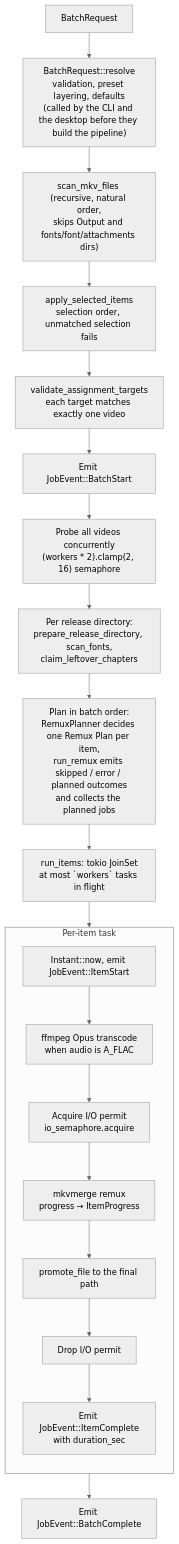
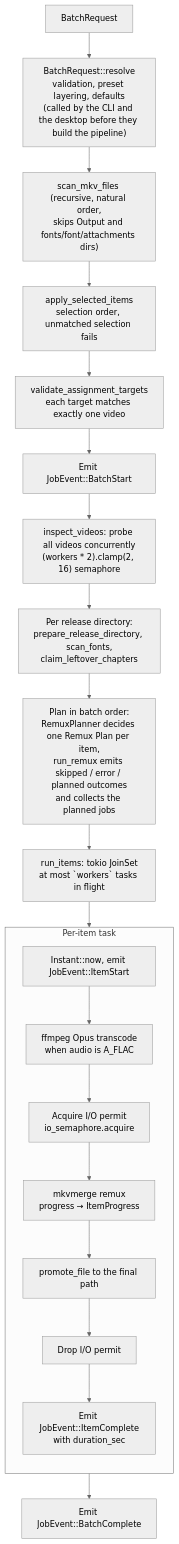
One commit to Si-Forces/mkvanimebatch changed the fifth of 8 diagrams in architecture.md. Above: the diagram before and after it, drawn with Mermaid (neutral theme). The commit also changed other lines of this file and 7 other files, not shown here.

````diff
--- a/architecture.md
+++ b/architecture.md
@@ -355,25 +361,25 @@
 ```mermaid
 flowchart TD
     Req["BatchRequest"] --> Config["BatchRequest::resolve\nvalidation, preset layering, defaults\n(called by the CLI and the desktop before they build the pipeline)"]
     Config --> Discover["scan_mkv_files (recursive, natural order,\nskips Output and fonts/font/attachments dirs)"]
     Discover --> Select["apply_selected_items\nselection order, unmatched selection fails"]
     Select --> Targets["validate_assignment_targets\neach target matches exactly one video"]
     Targets --> Start["Emit JobEvent::BatchStart"]
-    Start --> Probe["Probe all videos concurrently\n(workers * 2).clamp(2, 16) semaphore"]
+    Start --> Probe["inspect_videos: probe all videos concurrently\n(workers * 2).clamp(2, 16) semaphore"]
     Probe --> Prep["Per release directory:\nprepare_release_directory, scan_fonts,\nclaim_leftover_chapters"]
     Prep --> Plan["Plan in batch order:\nRemuxPlanner decides one Remux Plan per item,\nrun_remux emits skipped / error / planned outcomes\nand collects the planned jobs"]
     Plan --> Schedule["run_items: tokio JoinSet\nat most `workers` tasks in flight"]
 
     subgraph ItemTask["Per-item task"]
         direction TB
         StartTimer["Instant::now, emit JobEvent::ItemStart"] --> Transcode["ffmpeg Opus transcode\nwhen audio is A_FLAC"]
         Transcode --> AcquireIO["Acquire I/O permit\nio_semaphore.acquire"]
         AcquireIO --> Mux["mkvmerge remux\nprogress → ItemProgress"]
         Mux --> Promote["promote_file to the final path"]
         Promote --> ReleaseIO["Drop I/O permit"]
         ReleaseIO --> EmitDone["Emit JobEvent::ItemComplete\nwith duration_sec"]
     end
 
     Schedule --> ItemTask
     ItemTask --> BatchDone["Emit JobEvent::BatchComplete"]
 ```
````
